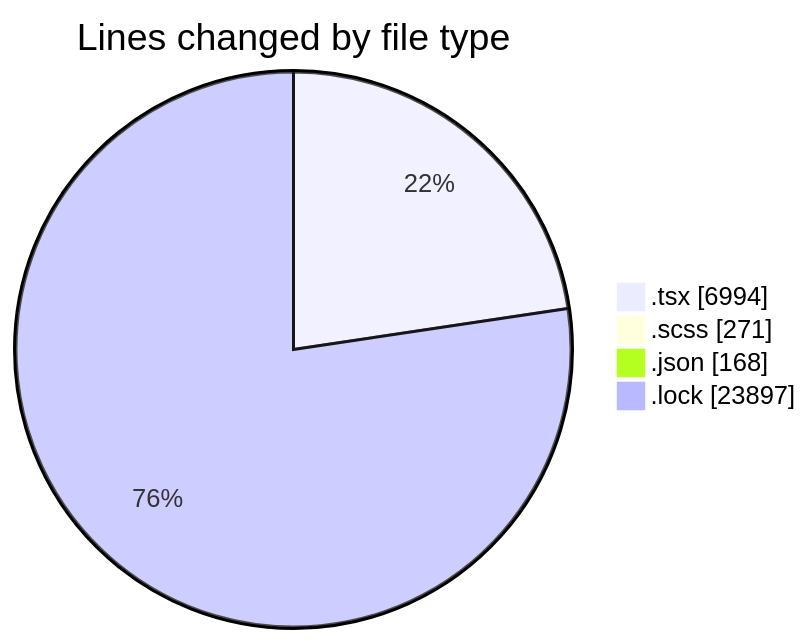
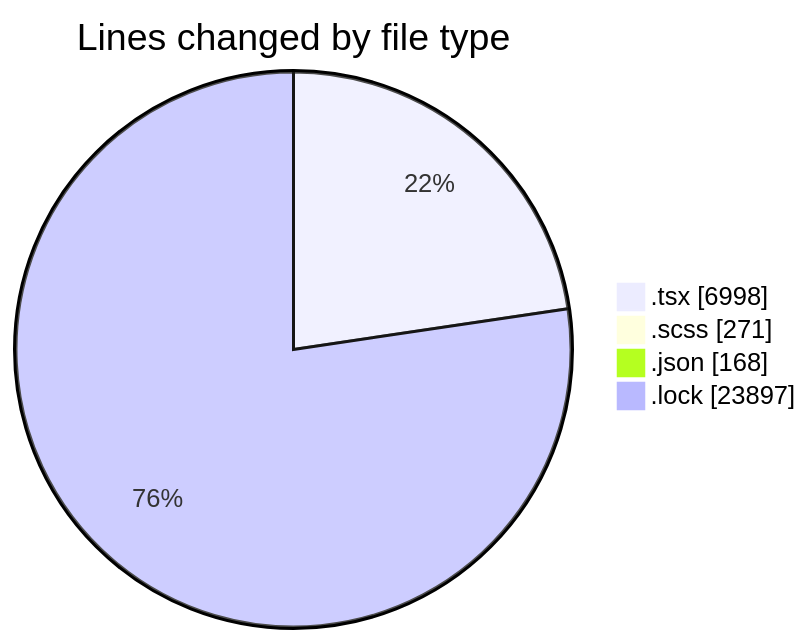
Before and after one commit to momahboobian/code-tracking: the first of 2 diagrams in 2025-11-18/cda/README.md, drawn with Mermaid. The commit also changed other lines of this file and 1 other file, not shown here.

````diff
--- a/2025-11-18/cda/README.md
+++ b/2025-11-18/cda/README.md
@@ -34,8 +34,8 @@
 ```mermaid
 pie showData
 title Lines changed by file type
-".tsx" : 6994
+".tsx" : 6998
 ".scss" : 271
 ".json" : 168
 ".lock" : 23897
 ```
````
